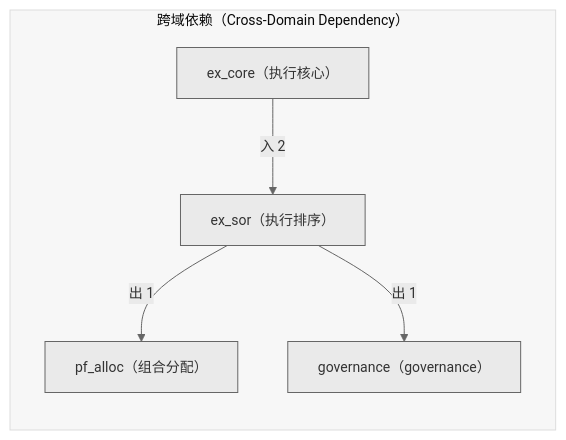
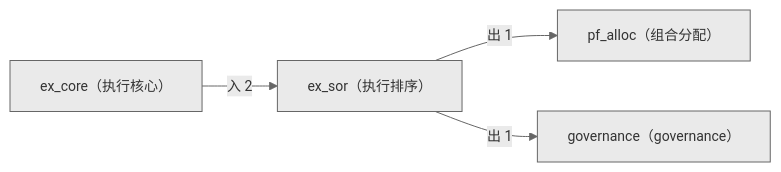
One commit to xuanFelixVan/ZephyrAlpha changed the second of 2 diagrams in docs/02_enterprise_architecture/06_decision_architecture/15_decision_l3_ex_sor.md. Above: the diagram before and after it, drawn with Mermaid. The commit also changed other lines of this file and 23 other files, not shown here.

First line of the commit message:
fix(decision-diagram): 去掉 subgraph + 加 secondaryColor 修复节点白色

````diff
--- a/docs/02_enterprise_architecture/06_decision_architecture/15_decision_l3_ex_sor.md
+++ b/docs/02_enterprise_architecture/06_decision_architecture/15_decision_l3_ex_sor.md
@@ -92,13 +92,11 @@
 ```mermaid
-%%{init: {'theme': 'base', 'themeVariables': {'primaryColor': '#eaeaea', 'primaryTextColor': '#333333', 'primaryBorderColor': '#666666', 'lineColor': '#666666', 'fontSize': '14px'}}}%%
+%%{init: {'theme': 'base', 'themeVariables': {'primaryColor': '#eaeaea', 'primaryTextColor': '#333333', 'primaryBorderColor': '#666666', 'lineColor': '#666666', 'secondaryColor': '#eaeaea', 'tertiaryColor': '#eaeaea', 'fontSize': '14px'}}}%%
 flowchart LR
-    subgraph cd_sg["跨域依赖（Cross-Domain Dependency）"]
-        SELF["ex_sor（执行排序）"]
-        EXT_pf_alloc["pf_alloc（组合分配）"]
-        SELF -->|出 1| EXT_pf_alloc
-        EXT_governance["governance（governance）"]
-        SELF -->|出 1| EXT_governance
-        EXT_ex_core["ex_core（执行核心）"]
-        EXT_ex_core -->|入 2| SELF
-    end
+    SELF["ex_sor（执行排序）"]
+    EXT_pf_alloc["pf_alloc（组合分配）"]
+    SELF -->|出 1| EXT_pf_alloc
+    EXT_governance["governance（governance）"]
+    SELF -->|出 1| EXT_governance
+    EXT_ex_core["ex_core（执行核心）"]
+    EXT_ex_core -->|入 2| SELF
 ```
````
